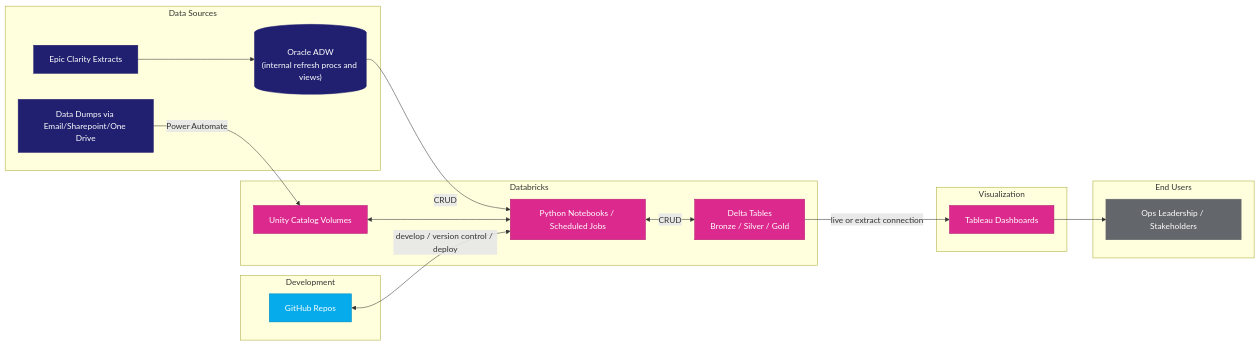
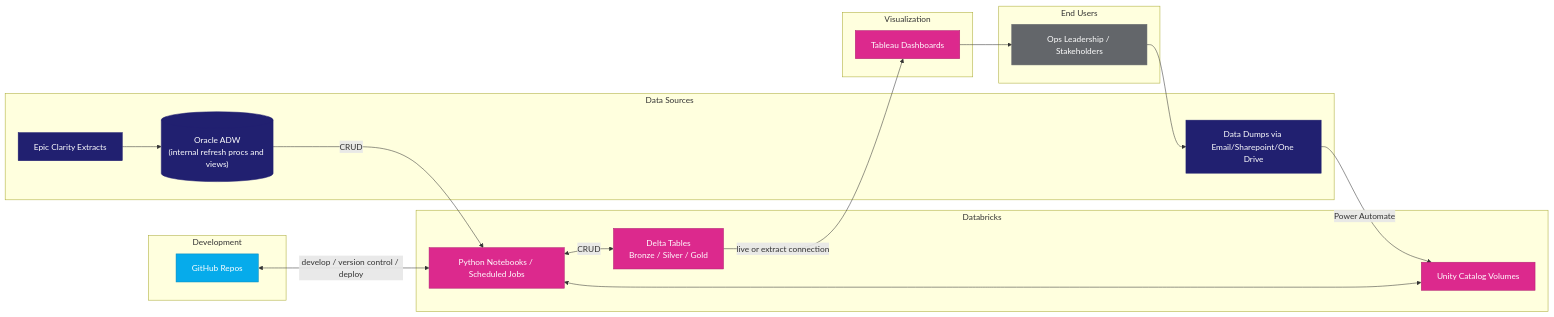
The second of 2 diagrams in Databricks/README.md (MSHS-OAO/Databricks-Tableau-User-Guide), drawn with Mermaid before and after one commit.

````diff
--- a/Databricks/README.md
+++ b/Databricks/README.md
@@ -51,41 +51,42 @@
 ```mermaid
 flowchart LR
     subgraph Sources["Data Sources"]
         EPIC[Epic Clarity Extracts]
         ORA[("Oracle ADW<br>(internal refresh procs and views)")]
         EMAIL[Data Dumps via Email/Sharepoint/One Drive]
     end
     subgraph DBX["Databricks"]
         VOL[Unity Catalog Volumes]
         DLT[Delta Tables<br>Bronze / Silver / Gold]
         JOBS[Python Notebooks / Scheduled Jobs]
     end
     subgraph DevOps["Development"]
         GH[GitHub Repos]
     end
     subgraph Viz["Visualization"]
         TAB[Tableau Dashboards]
     end
     subgraph Users["End Users"]
         USR[Ops Leadership / Stakeholders]
     end
 
     EPIC --> ORA
     EMAIL -->|Power Automate| VOL
     ORA -->|CRUD| JOBS
     VOL <--> JOBS
     JOBS <-->|CRUD| DLT
     GH <-->|develop / version control / deploy| JOBS
     DLT -->|live or extract connection| TAB
     TAB --> USR
+    USR --> EMAIL
 
     classDef navy fill:#212070,stroke:#212070,color:#ffffff
     classDef cyan fill:#06ABEB,stroke:#0689BC,color:#ffffff
     classDef magenta fill:#DC298D,stroke:#B02171,color:#ffffff
     classDef gray fill:#63666A,stroke:#63666A,color:#ffffff
     class EPIC,ORA,EMAIL,PA navy
     class GH cyan
     class VOL,DLT,JOBS magenta
     class TAB magenta
     class USR gray
 ```
````
